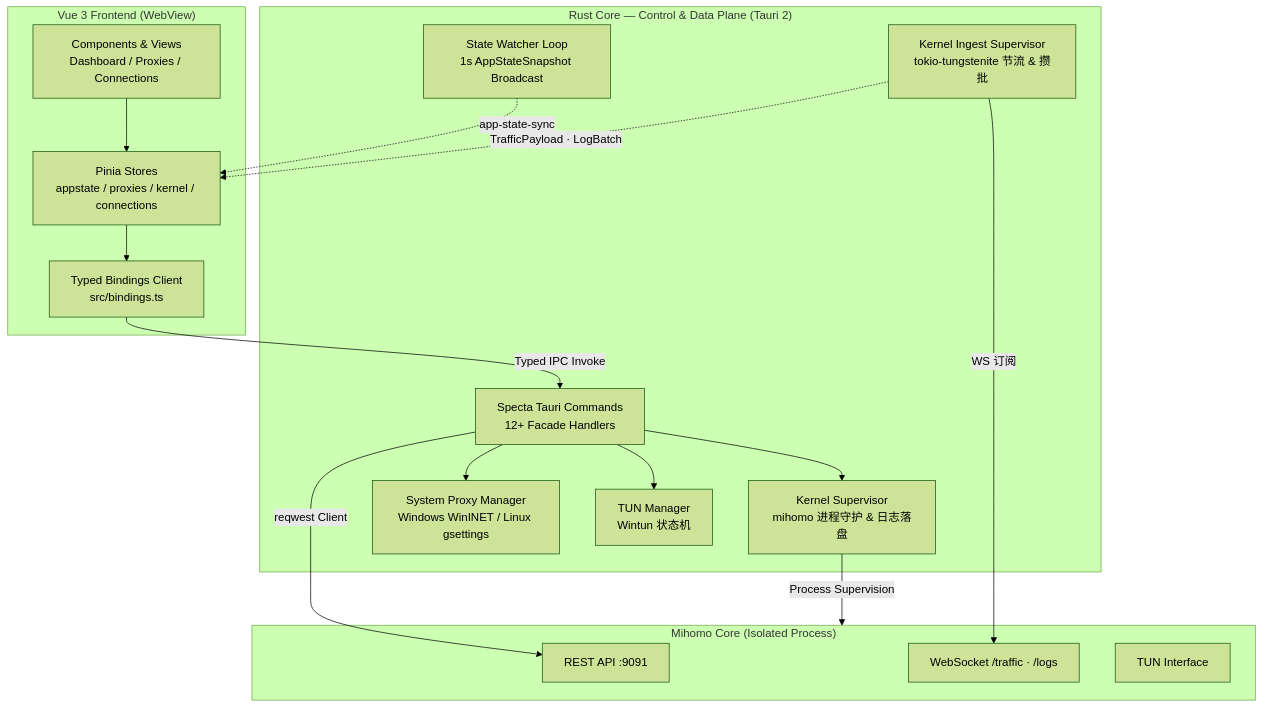
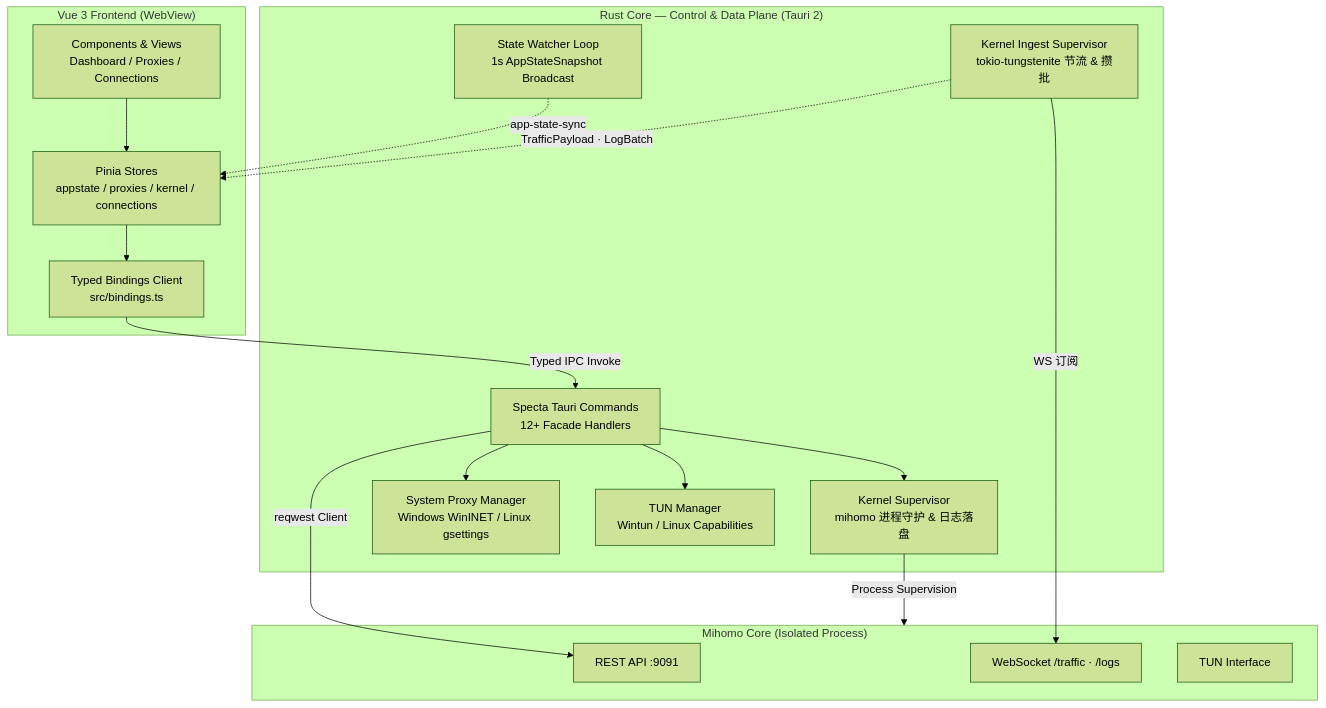
Before and after one commit to zhuyikai2002/flexclash: the diagram in README.md, drawn with Mermaid (forest theme). The commit also changed other lines of this file and 1 other file, not shown here.

````diff
--- a/README.md
+++ b/README.md
@@ -88,35 +94,35 @@
 ```mermaid
 graph TB
     subgraph Frontend["Vue 3 Frontend (WebView)"]
         UI[Components & Views<br/>Dashboard / Proxies / Connections]
         Stores[Pinia Stores<br/>appstate / proxies / kernel / connections]
         Bindings[Typed Bindings Client<br/>src/bindings.ts]
         UI --> Stores
         Stores --> Bindings
     end
 
     subgraph Backend["Rust Core — Control & Data Plane (Tauri 2)"]
         Commands[Specta Tauri Commands<br/>12+ Facade Handlers]
         Watcher[State Watcher Loop<br/>1s AppStateSnapshot Broadcast]
         Ingest[Kernel Ingest Supervisor<br/>tokio-tungstenite 节流 & 攒批]
         Sidecar[Kernel Supervisor<br/>mihomo 进程守护 & 日志落盘]
         Proxy[System Proxy Manager<br/>Windows WinINET / Linux gsettings]
-        Tun[TUN Manager<br/>Wintun 状态机]
+        Tun[TUN Manager<br/>Wintun / Linux Capabilities]
     end
 
     subgraph Kernel["Mihomo Core (Isolated Process)"]
         REST[REST API :9091]
         WS[WebSocket /traffic · /logs]
         TUN_IF[TUN Interface]
     end
 
     Bindings -->|Typed IPC Invoke| Commands
     Watcher -.->|app-state-sync| Stores
     Ingest -.->|TrafficPayload · LogBatch| Stores
     Commands -->|reqwest Client| REST
     Commands --> Sidecar
     Commands --> Proxy
     Commands --> Tun
     Ingest -->|WS 订阅| WS
     Sidecar -->|Process Supervision| Kernel
 ```
````
